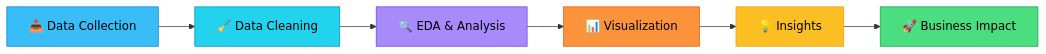
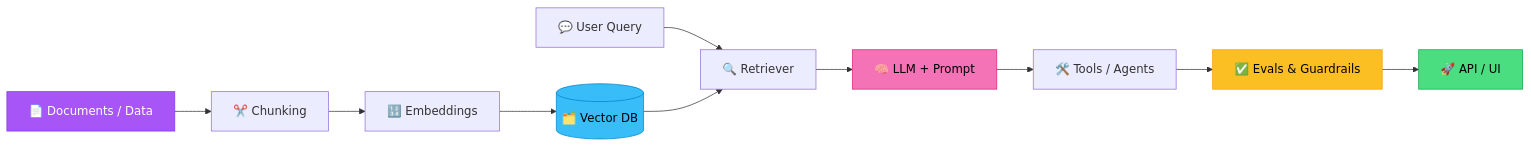
Before and after one commit to Gautam825406/Gautam825406: the diagram in README.md, drawn with Mermaid. The commit also changed other lines of this file, not shown here.

````diff
--- a/README.md
+++ b/README.md
@@ -134,15 +124,18 @@
 ```mermaid
 graph LR
-    A[📥 Data Collection] --> B[🧹 Data Cleaning]
-    B --> C[🔍 EDA & Analysis]
-    C --> D[📊 Visualization]
-    D --> E[💡 Insights]
-    E --> F[🚀 Business Impact]
-    
-    style A fill:#38bdf8,stroke:#0284c7,color:#000
-    style B fill:#22d3ee,stroke:#0891b2,color:#000
-    style C fill:#a78bfa,stroke:#7c3aed,color:#000
-    style D fill:#fb923c,stroke:#ea580c,color:#000
-    style E fill:#fbbf24,stroke:#f59e0b,color:#000
-    style F fill:#4ade80,stroke:#16a34a,color:#000
+    A[📄 Documents / Data] --> B[✂️ Chunking]
+    B --> C[🔢 Embeddings]
+    C --> D[(🗂️ Vector DB)]
+    Q[💬 User Query] --> E[🔍 Retriever]
+    D --> E
+    E --> F[🧠 LLM + Prompt]
+    F --> G[🛠️ Tools / Agents]
+    G --> H[✅ Evals & Guardrails]
+    H --> I[🚀 API / UI]
+
+    style A fill:#a855f7,stroke:#7c3aed,color:#fff
+    style D fill:#38bdf8,stroke:#0284c7,color:#000
+    style F fill:#f472b6,stroke:#db2777,color:#000
+    style H fill:#fbbf24,stroke:#f59e0b,color:#000
+    style I fill:#4ade80,stroke:#16a34a,color:#000
 ```
````
